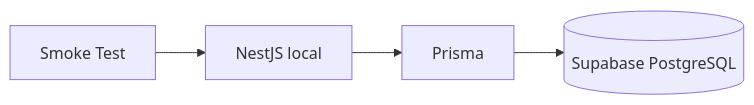
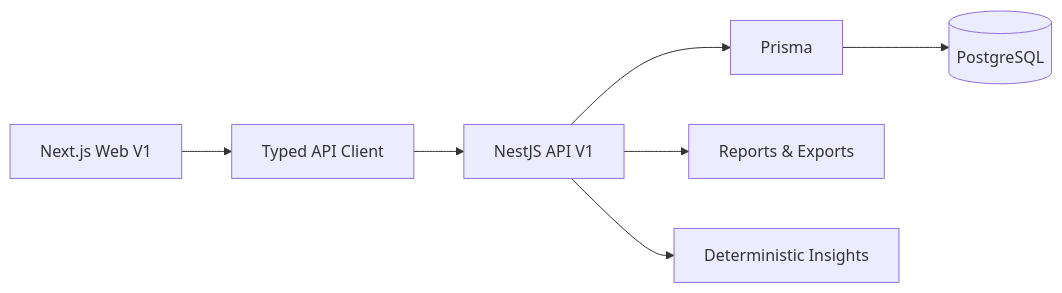
The diagram in README.md (oluisvi/atlas-finance-ai), drawn with Mermaid before and after one commit. The commit also changed other lines of this file and 3 other files, not shown here.

````diff
--- a/README.md
+++ b/README.md
@@ -1197,11 +73,9 @@
 ```mermaid
 flowchart LR
-    TEST[Smoke Test]
-    API[NestJS local]
-    PRISMA[Prisma]
-    DB[(Supabase PostgreSQL)]
-
-    TEST --> API
-    API --> PRISMA
-    PRISMA --> DB
+    WEB[Next.js Web V1] --> CLIENT[Typed API Client]
+    CLIENT --> API[NestJS API V1]
+    API --> PRISMA[Prisma]
+    PRISMA --> DB[(PostgreSQL)]
+    API --> REPORTS[Reports & Exports]
+    API --> INSIGHTS[Deterministic Insights]
 ```
````
